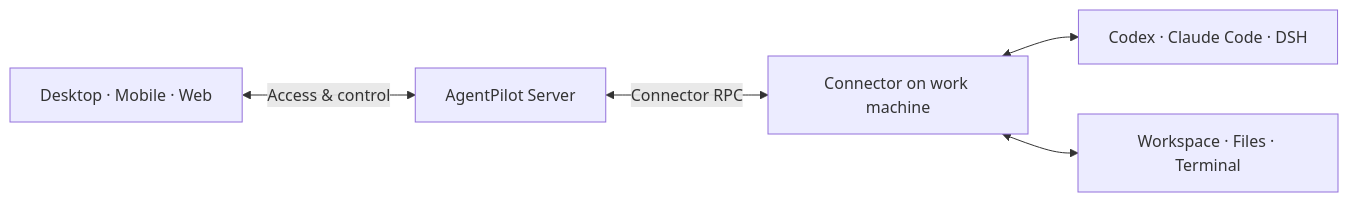
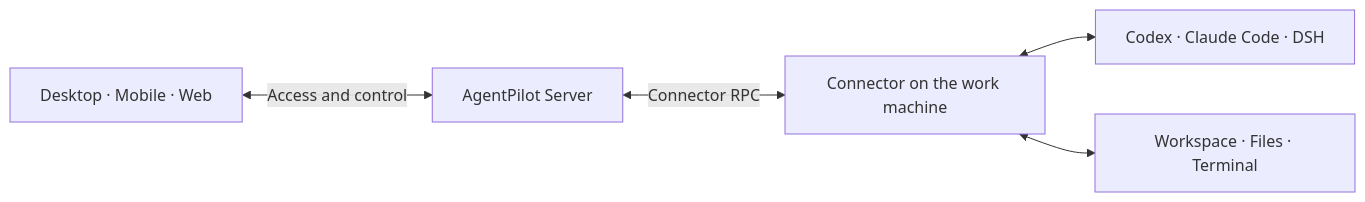
Before and after one commit to lxfebd/AgentPilot: the diagram in README.en.md, drawn with Mermaid. The commit also changed other lines of this file and 2 other files, not shown here.

````diff
--- a/README.en.md
+++ b/README.en.md
@@ -91,7 +79,7 @@
 ```mermaid
 flowchart LR
-    Clients["Desktop · Mobile · Web"] <-->|"Access & control"| Server["AgentPilot Server"]
-    Server <-->|"Connector RPC"| Connector["Connector on work machine"]
+    Clients["Desktop · Mobile · Web"] <-->|"Access and control"| Server["AgentPilot Server"]
+    Server <-->|"Connector RPC"| Connector["Connector on the work machine"]
     Connector <--> Agents["Codex · Claude Code · DSH"]
     Connector <--> Workspace["Workspace · Files · Terminal"]
 ```
````
